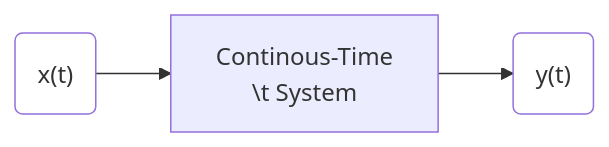
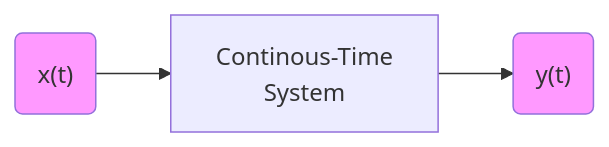
The first of 2 diagrams in signal-processing/kutz/README.md (setrar/dsp), drawn with Mermaid before and after one commit. The commit also changed other lines of this file, not shown here.

````diff
--- a/signal-processing/kutz/README.md
+++ b/signal-processing/kutz/README.md
@@ -50,7 +50,7 @@
 ```mermaid
 %%{init: {"flowchart": {"htmlLabels": false}} }%%
 flowchart LR
-    a("x(t)"):::someclass -->b[Continous-Time \n\t System]
+    a("x(t)"):::someclass -->b[Continous-Time \n   System]
     b-->d("y(t)"):::someclass
-    classDef someclass fill:#fff
+    classDef someclass fill:#f9f
 ```
````
